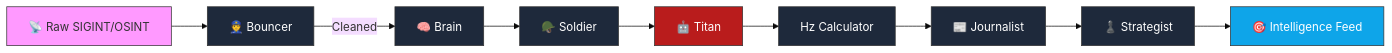
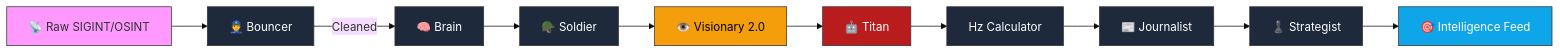
The diagram in README.md (Osint-tracker/impact-atlas), drawn with Mermaid (base theme) before and after one commit. The commit also changed other lines of this file and 16 other files, not shown here.

````diff
--- a/README.md
+++ b/README.md
@@ -33,21 +33,23 @@
 ```mermaid
 graph LR
     Input[📡 Raw SIGINT/OSINT] --> Bouncer[👮 Bouncer]
     Bouncer -->|Cleaned| Brain[🧠 Brain]
     Brain --> Soldier[🪖 Soldier]
-    Soldier --> Titan[🤖 Titan]
+    Soldier --> Visionary[👁️ Visionary 2.0]
+    Visionary --> Titan[🤖 Titan]
     Titan --> Calculator[Hz Calculator]
     Calculator --> Journalist[📰 Journalist]
     Journalist --> Strategist[♟️ Strategist]
     Strategist --> Output[🎯 Intelligence Feed]
     
     style Input fill:#f9f,stroke:#333
     style Output fill:#0ea5e9,stroke:#333,color:#fff
     style Bouncer fill:#1e293b,stroke:#333,color:#fff
     style Brain fill:#1e293b,stroke:#333,color:#fff
     style Soldier fill:#1e293b,stroke:#333,color:#fff
+    style Visionary fill:#f59e0b,stroke:#333,color:#000
     style Titan fill:#b91c1c,stroke:#333,color:#fff
     style Calculator fill:#1e293b,stroke:#333,color:#fff
     style Journalist fill:#1e293b,stroke:#333,color:#fff
     style Strategist fill:#1e293b,stroke:#333,color:#fff
 ```
````
